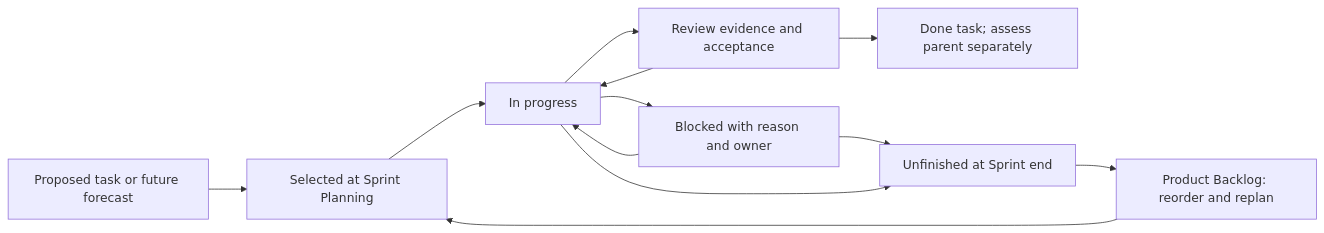
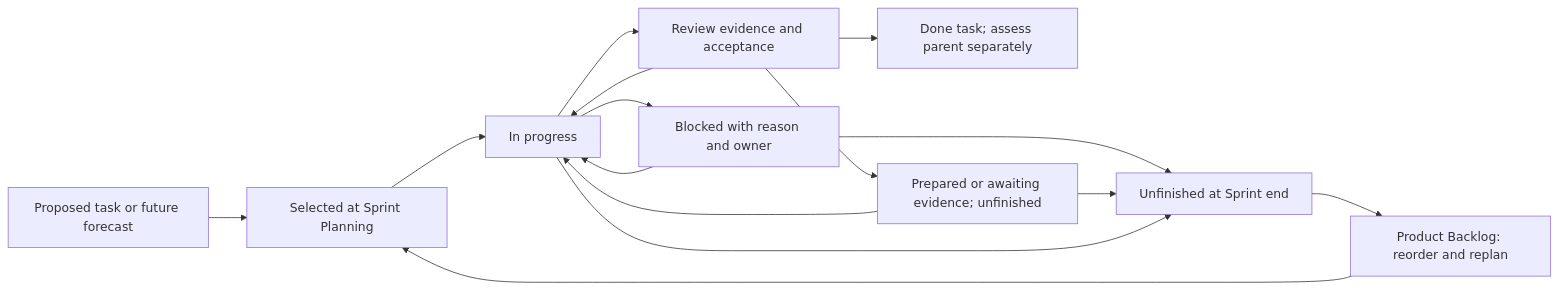
One commit to PyBLE-dev/PyBLE changed the diagram in docs/developments/2026-q4-reliable-workflow/06_Sprint_Backlogs.md. Above: the diagram before and after it, drawn with Mermaid. The commit also changed other lines of this file and 9 other files, not shown here.

````diff
--- a/docs/developments/2026-q4-reliable-workflow/06_Sprint_Backlogs.md
+++ b/docs/developments/2026-q4-reliable-workflow/06_Sprint_Backlogs.md
@@ -205,14 +207,17 @@
 ```mermaid
 flowchart LR
     P["Proposed task or future forecast"] --> S["Selected at Sprint Planning"]
     S --> W["In progress"]
     W --> R["Review evidence and acceptance"]
     R --> D["Done task; assess parent separately"]
+    R --> A["Prepared or awaiting evidence; unfinished"]
+    A --> W
     W --> B["Blocked with reason and owner"]
     B --> W
     R --> W
     B --> U["Unfinished at Sprint end"]
+    A --> U
     W --> U
     U --> PB["Product Backlog: reorder and replan"]
     PB --> S
 ```
````
